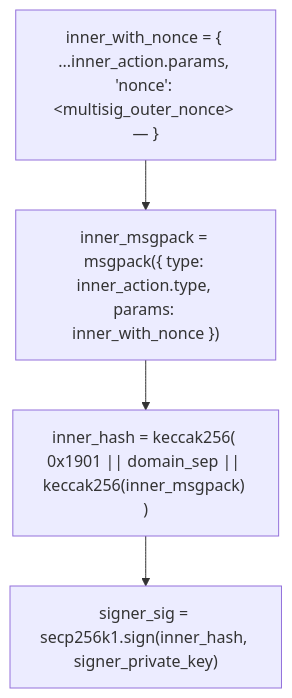
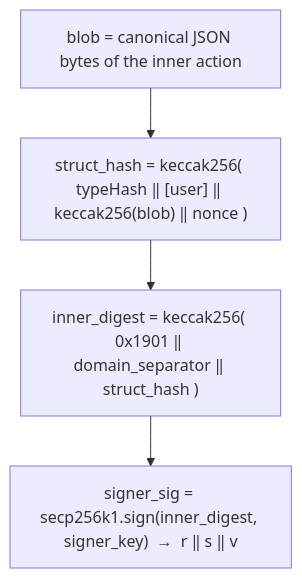
One commit to mtf-exchange/metaflux-knowledges changed the second of 3 diagrams in docs/concepts/multi-sig.md. Above: the diagram before and after it, drawn with Mermaid. The commit also changed other lines of this file and 6 other files, not shown here.

First line of the commit message:
docs(signing): user-bound multi-sig inner digest + optional action expiresAfter

````diff
--- a/docs/concepts/multi-sig.md
+++ b/docs/concepts/multi-sig.md
@@ -98,8 +115,8 @@
 ```mermaid
 flowchart TD
-    A["inner_with_nonce = { ...inner_action.params, 'nonce': &lt;multisig_outer_nonce&gt — }"]
-    B["inner_msgpack = msgpack({ type: inner_action.type, params: inner_with_nonce })"]
-    C["inner_hash = keccak256( 0x1901 || domain_sep || keccak256(inner_msgpack) )"]
-    D["signer_sig = secp256k1.sign(inner_hash, signer_private_key)"]
+    A["blob = canonical JSON bytes of the inner action"]
+    B["struct_hash = keccak256( typeHash ‖ [user] ‖ keccak256(blob) ‖ nonce )"]
+    C["inner_digest = keccak256( 0x1901 ‖ domain_separator ‖ struct_hash )"]
+    D["signer_sig = secp256k1.sign(inner_digest, signer_key)  →  r ‖ s ‖ v"]
     A --> B --> C --> D
 ```
````
